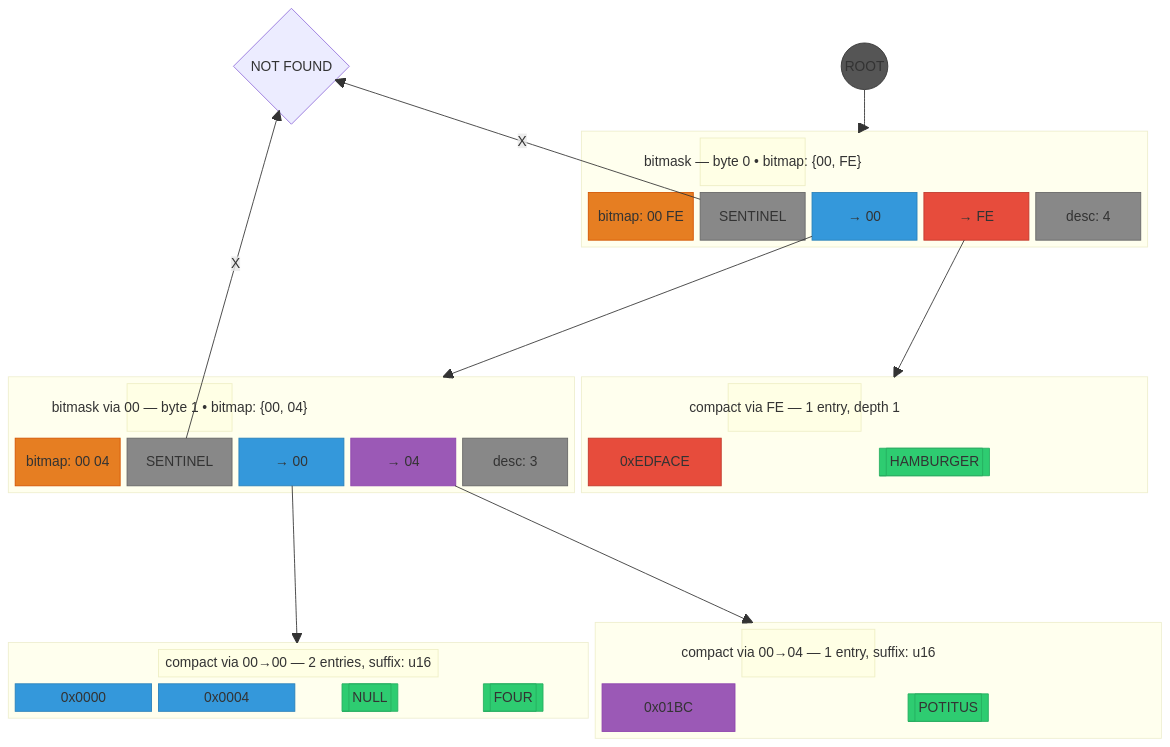
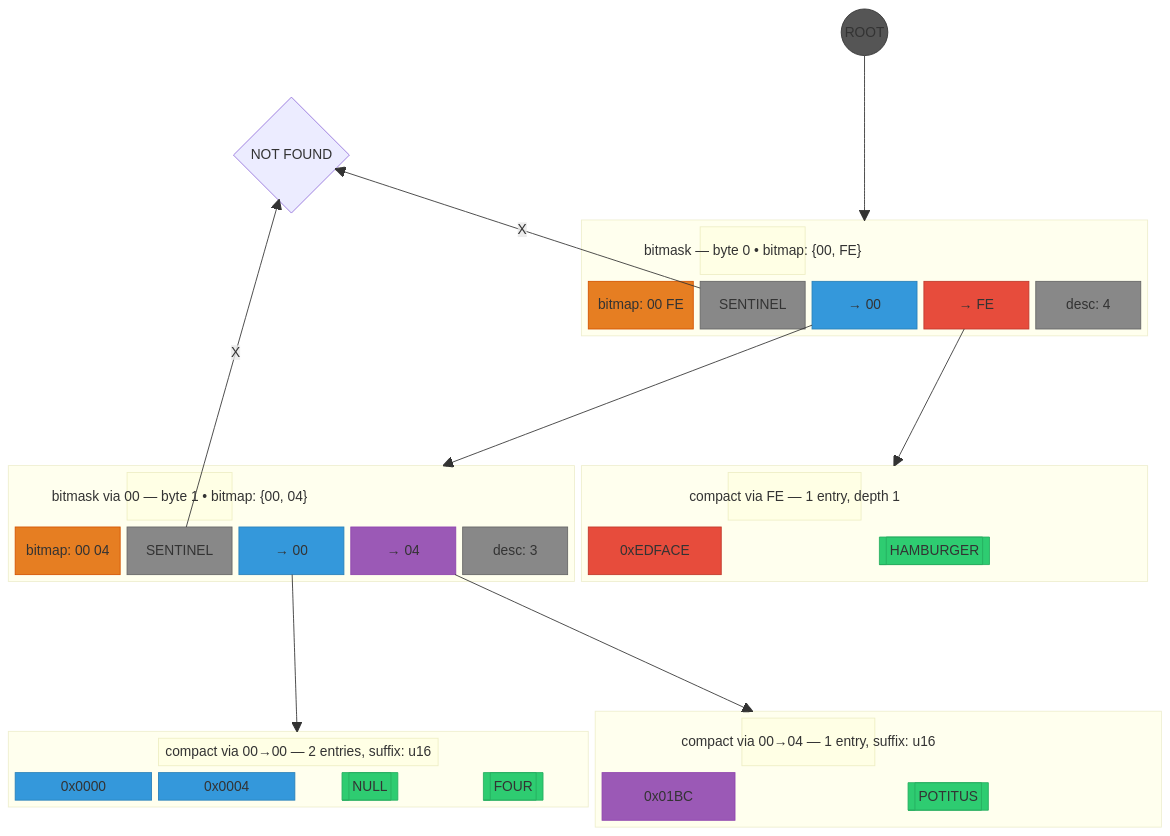
One commit to glennteitelbaum/KTRIE changed the diagram in test2.md. Above: the diagram before and after it, drawn with Mermaid.

Commit message:
Fix mermaid diagram formatting in test2.md

```diff
--- a/test2.md
+++ b/test2.md
@@ -6,8 +6,11 @@
 block
   columns 2
 
+  space
+  ROOT(("ROOT"))
+  
   NF{"NOT FOUND"}
-  ROOT(("ROOT"))
+  space
 
   space
   block:BM0
```
